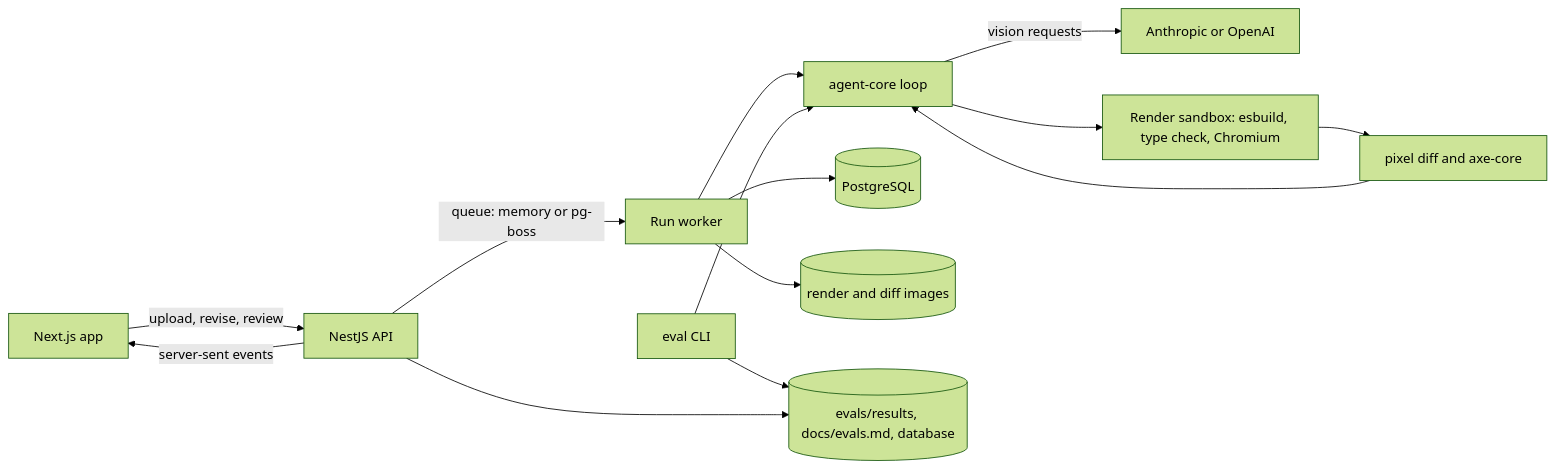
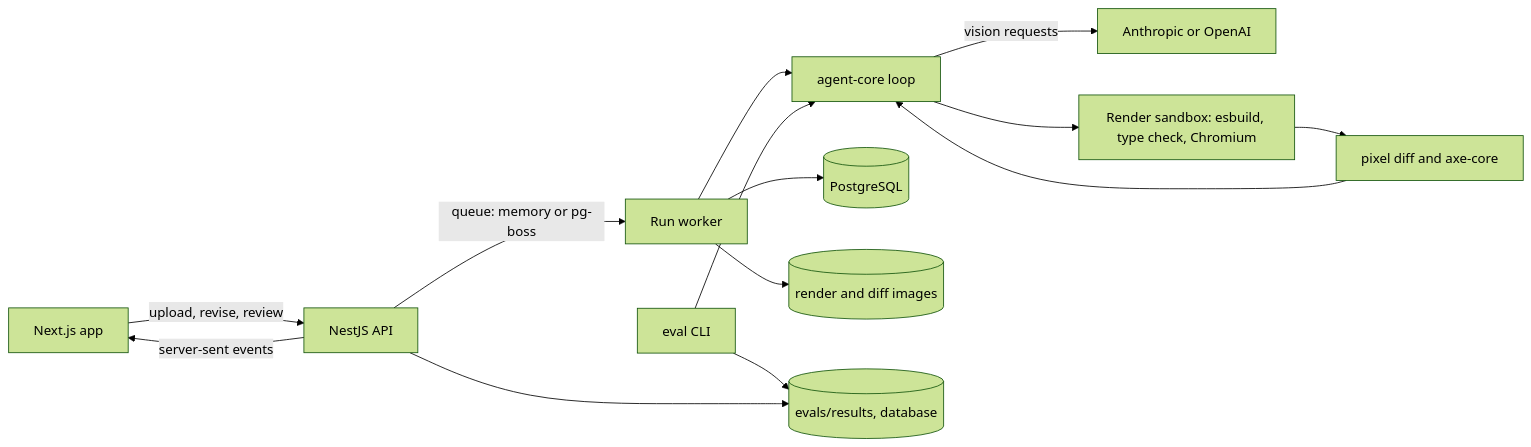
Before and after one commit to bjonimerkuri/designLoop: the diagram in README.md, drawn with Mermaid (forest theme). The commit also changed other lines of this file, not shown here.

````diff
--- a/README.md
+++ b/README.md
@@ -30,16 +30,16 @@
 ```mermaid
 flowchart LR
   UI[Next.js app] -->|upload, revise, review| API[NestJS API]
   API -->|queue: memory or pg-boss| Worker[Run worker]
   Worker --> Agent[agent-core loop]
   Agent -->|vision requests| LLM[Anthropic or OpenAI]
   Agent --> Sandbox[Render sandbox: esbuild, type check, Chromium]
   Sandbox --> Checks[pixel diff and axe-core]
   Checks --> Agent
   Worker --> DB[(PostgreSQL)]
   Worker --> Files[(render and diff images)]
   API -->|server-sent events| UI
   Evals[eval CLI] --> Agent
-  Evals --> Reports[(evals/results, docs/evals.md, database)]
+  Evals --> Reports[(evals/results, database)]
   API --> Reports
 ```
````
